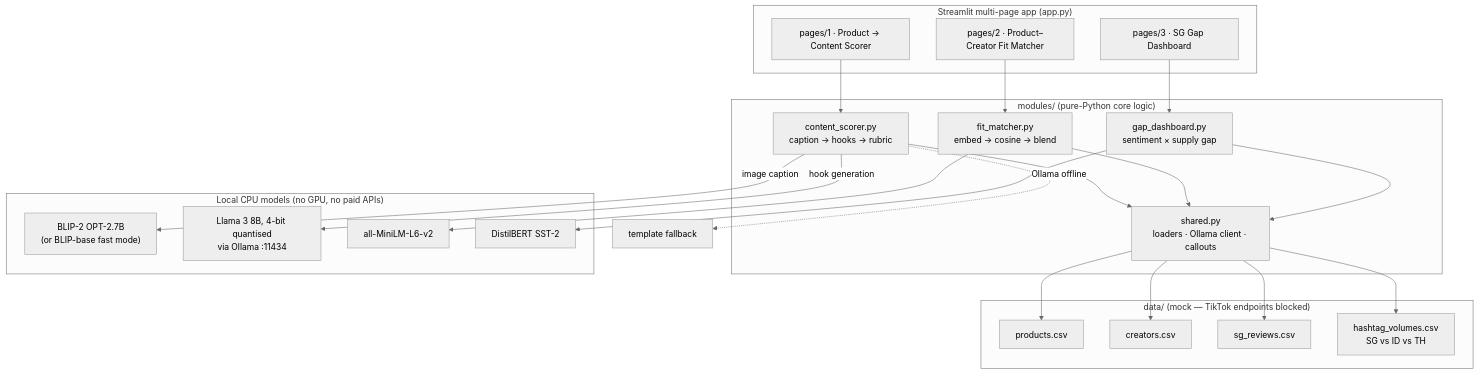
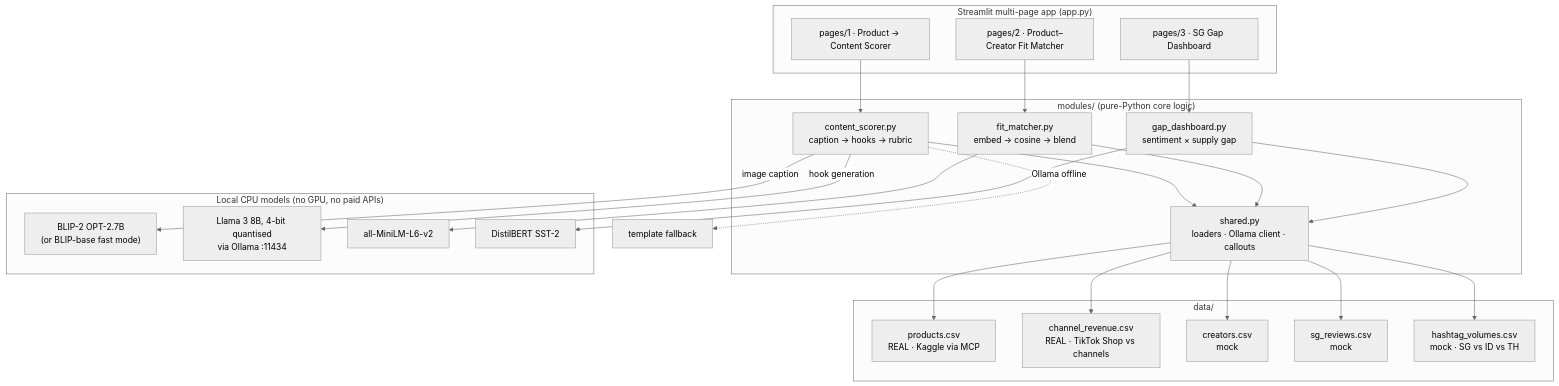
The diagram in README.md (kinokokam/shoptalkai), drawn with Mermaid (neutral theme) before and after one commit. The commit also changed other lines of this file and 2 other files, not shown here.

First line of the commit message:
feat: add real TikTok Shop channel-penetration benchmark to Module 3

````diff
--- a/README.md
+++ b/README.md
@@ -30,38 +30,39 @@
 ```mermaid
 flowchart TB
     subgraph UI["Streamlit multi-page app (app.py)"]
         P1["pages/1 · Product → Content Scorer"]
         P2["pages/2 · Product–Creator Fit Matcher"]
         P3["pages/3 · SG Gap Dashboard"]
     end
 
     subgraph LOGIC["modules/ (pure-Python core logic)"]
         CS["content_scorer.py<br/>caption → hooks → rubric"]
         FM["fit_matcher.py<br/>embed → cosine → blend"]
         GD["gap_dashboard.py<br/>sentiment × supply gap"]
         SH["shared.py<br/>loaders · Ollama client · callouts"]
     end
 
     subgraph MODELS["Local CPU models (no GPU, no paid APIs)"]
         BLIP["BLIP-2 OPT-2.7B<br/>(or BLIP-base fast mode)"]
         LLAMA["Llama 3 8B, 4-bit quantised<br/>via Ollama :11434"]
         MINI["all-MiniLM-L6-v2"]
         DB["DistilBERT SST-2"]
     end
 
-    subgraph DATA["data/ (mock — TikTok endpoints blocked)"]
-        PR["products.csv"]
-        CR["creators.csv"]
-        RV["sg_reviews.csv"]
-        HT["hashtag_volumes.csv<br/>SG vs ID vs TH"]
+    subgraph DATA["data/"]
+        PR["products.csv<br/>REAL · Kaggle via MCP"]
+        CH["channel_revenue.csv<br/>REAL · TikTok Shop vs channels"]
+        CR["creators.csv<br/>mock"]
+        RV["sg_reviews.csv<br/>mock"]
+        HT["hashtag_volumes.csv<br/>mock · SG vs ID vs TH"]
     end
 
     P1 --> CS;  P2 --> FM;  P3 --> GD
     CS & FM & GD --> SH
     CS -->|image caption| BLIP
     CS -->|hook generation| LLAMA
     CS -.->|Ollama offline| FB["template fallback"]
     FM --> MINI
     GD --> DB
-    SH --> PR & CR & RV & HT
+    SH --> PR & CH & CR & RV & HT
 ```
````
